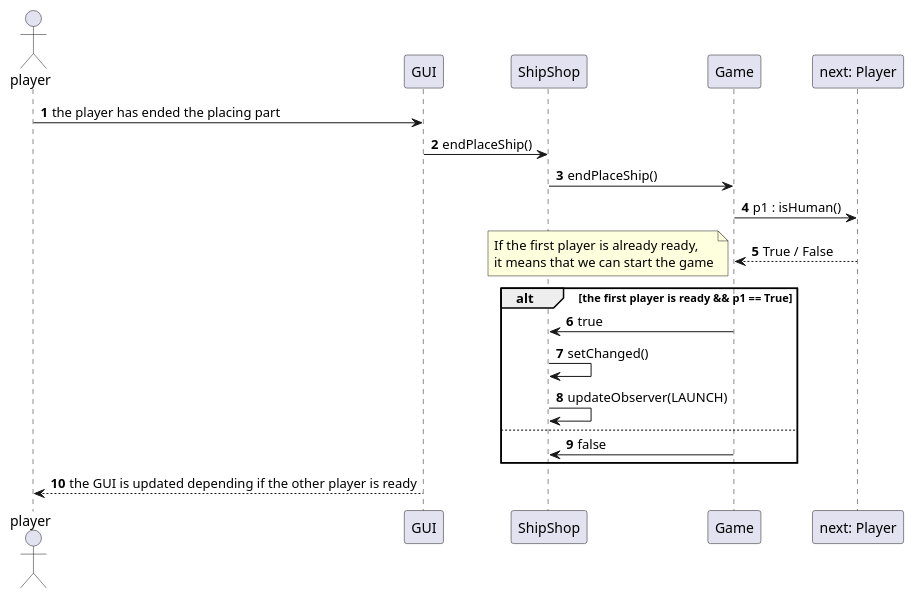
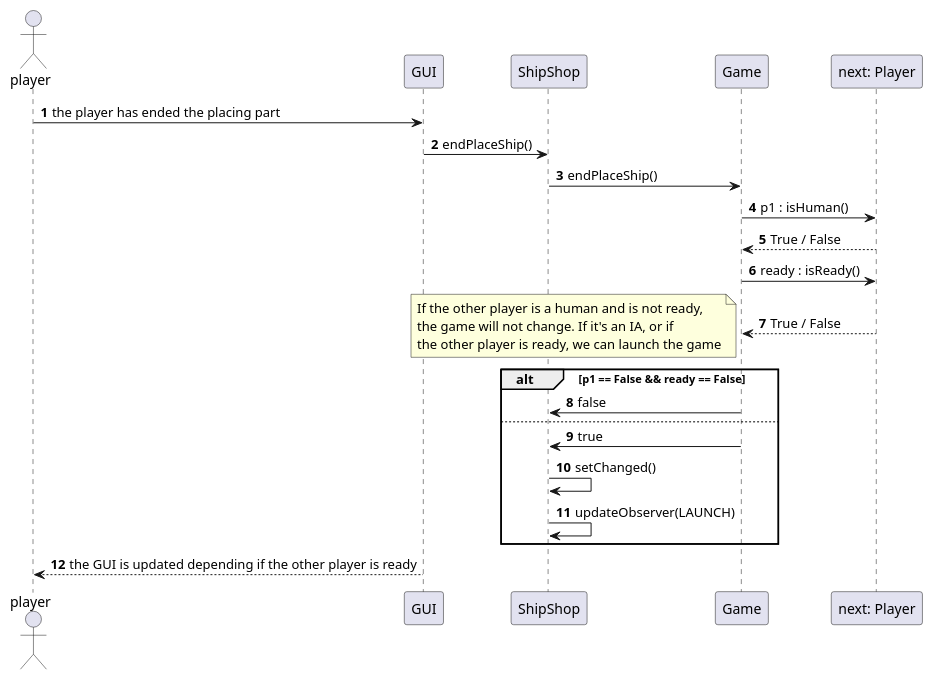
One commit to Reynault/ShipShop changed the diagram in doc/conception/pmul/sequence/endPlaceShip.puml. Above: the diagram before and after it, drawn with PlantUML. The commit also changed 7 other files, not shown here.

Commit message:
Modification of sequences diagrams

```diff
--- a/doc/conception/pmul/sequence/endPlaceShip.puml
+++ b/doc/conception/pmul/sequence/endPlaceShip.puml
@@ -1,39 +1,44 @@
 @startuml
 
 autonumber
 actor player
 
 player -> GUI: the player has ended the placing part
 
 GUI -> ShipShop: endPlaceShip()
 
 ShipShop -> Game: endPlaceShip()
 
 Game -> "next: Player": p1 : isHuman()
 
 "next: Player" --> Game: True / False
 
-alt the first player is ready && p1 == True
+Game -> "next: Player": ready : isReady()
 
-    note left
-        If the first player is already ready,
-        it means that we can start the game
-    end note
+"next: Player" --> Game: True / False
+
+note left
+    If the other player is a human and is not ready,
+    the game will not change. If it's an IA, or if
+    the other player is ready, we can launch the game
+end note
+
+alt p1 == False && ready == False
+
+    Game -> ShipShop : false
+
+else
 
     Game -> ShipShop : true
 
     ShipShop -> ShipShop : setChanged()
 
     ShipShop -> ShipShop : updateObserver(LAUNCH)
-
-else
-
-    Game -> ShipShop : false
 
 end
 
 GUI --> player : the GUI is updated depending if the other player is ready 
 
 
 
 @enduml
```
